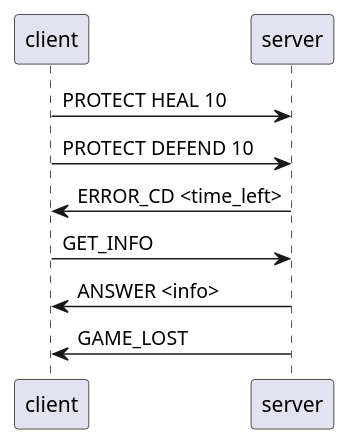
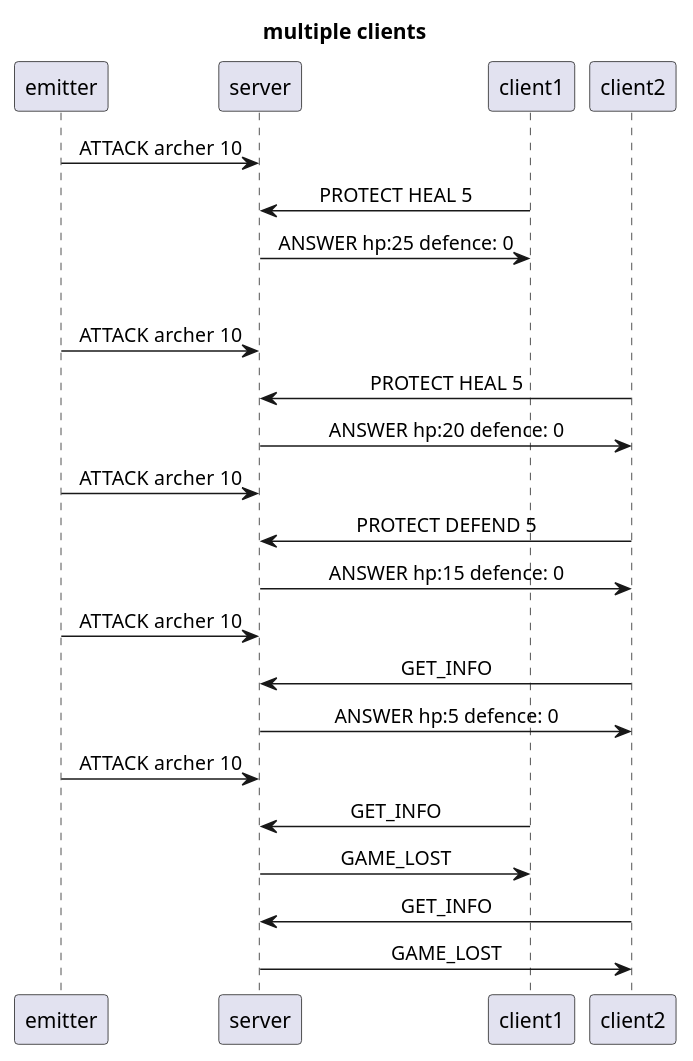
One commit to BetterBlood/DAI-PW3 changed the third of 3 diagrams in diagrams/TowerDefenceDiagram.puml. Above: the diagram before and after it, drawn with PlantUML. The commit also changed other lines of this file and 4 other files, not shown here.

Commit message:
diagrams + readme

```diff
--- a/diagrams/TowerDefenceDiagram.puml
+++ b/diagrams/TowerDefenceDiagram.puml
@@ -10,13 +43,36 @@
 @startuml
 'https://plantuml.com/sequence-diagram
+skinparam sequenceMessageAlign center
 
-client -> server: PROTECT HEAL 10
-client -> server: PROTECT DEFEND 10
-server -> client: ERROR_CD <time_left>
+Title multiple clients
 
-client -> server: GET_INFO
-server -> client: ANSWER <info>
+emitter -> server: ATTACK archer 10
 
-server -> client: GAME_LOST
+client1 -> server : PROTECT HEAL 5
+server -> client1: ANSWER hp:25 defence: 0
+
+||30||
+emitter -> server: ATTACK archer 10
+
+client2 -> server: PROTECT HEAL 5
+server -> client2: ANSWER hp:20 defence: 0
+
+emitter -> server: ATTACK archer 10
+
+client2 -> server: PROTECT DEFEND 5
+server -> client2: ANSWER hp:15 defence: 0
+
+emitter -> server: ATTACK archer 10
+
+client2 -> server: GET_INFO
+server -> client2: ANSWER hp:5 defence: 0
+
+emitter -> server: ATTACK archer 10
+
+client1 -> server: GET_INFO
+server -> client1: GAME_LOST
+
+client2 -> server: GET_INFO
+server -> client2: GAME_LOST
 
 @enduml
```
